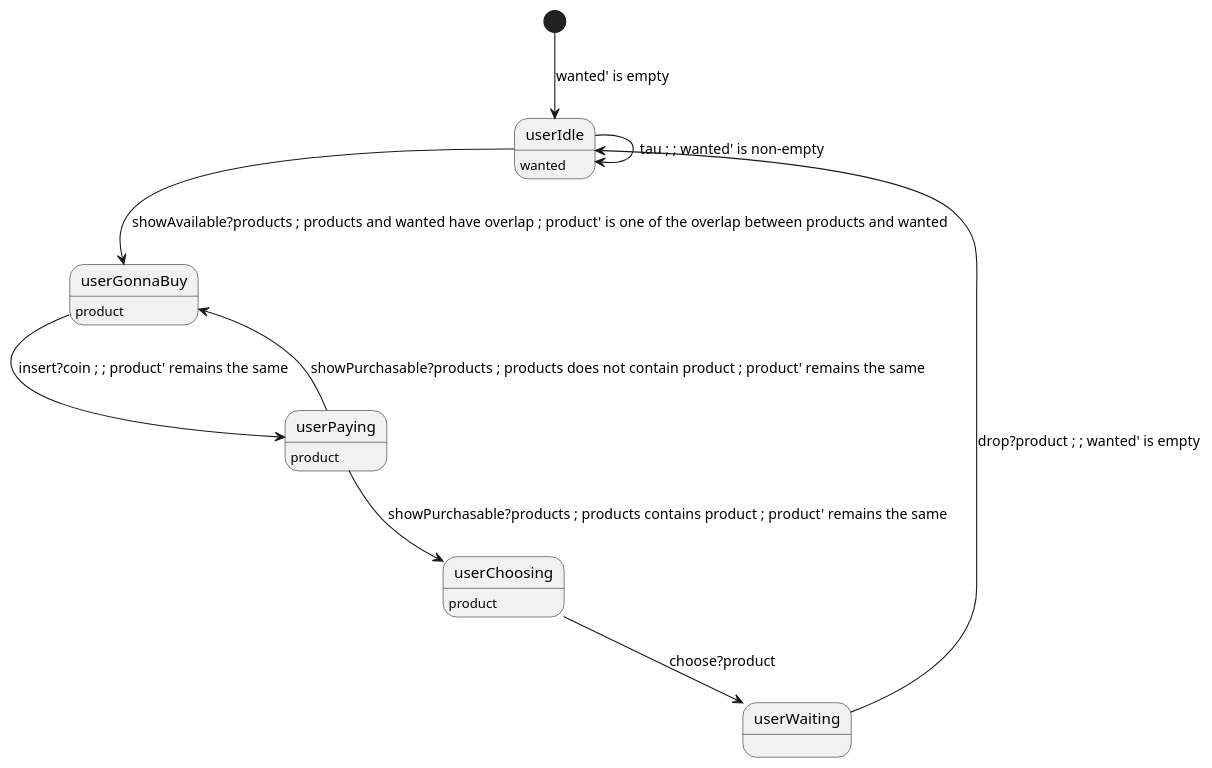
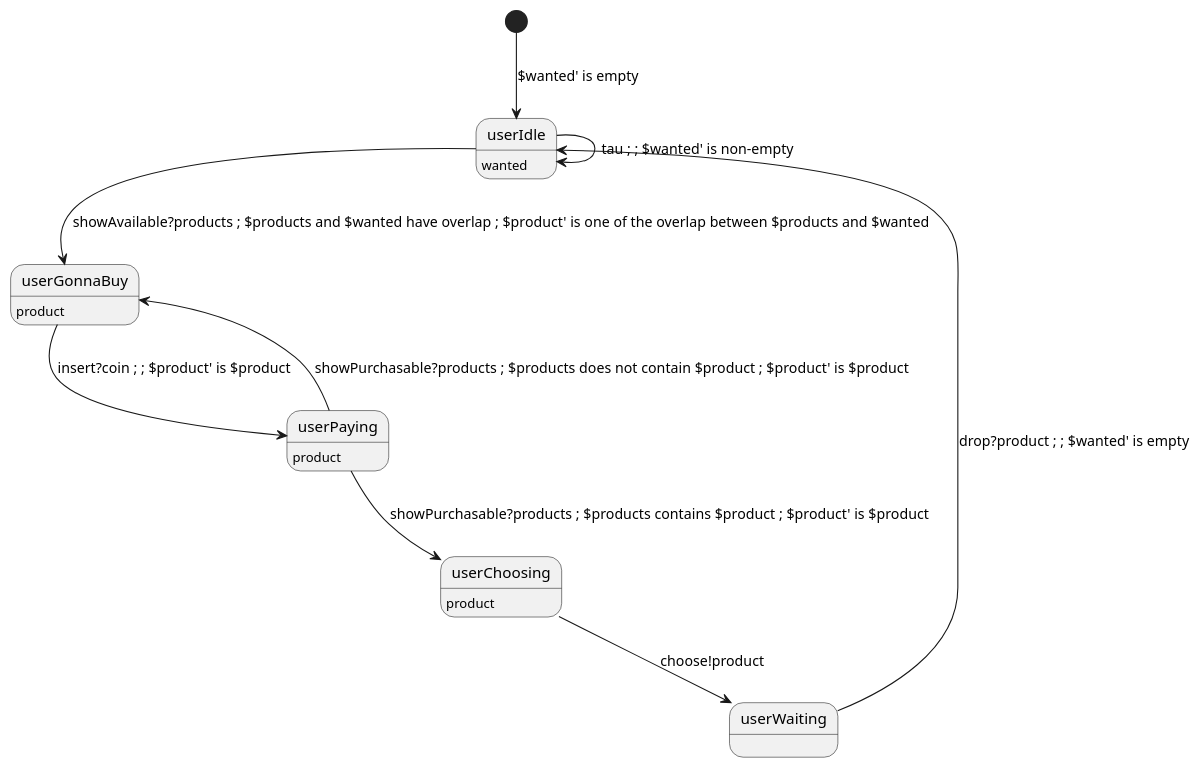
The diagram in examples/valid/user.puml (Kuniwak/puml-parallel), drawn with PlantUML before and after one commit. The commit also changed 4 other files, not shown here.

```diff
--- a/examples/valid/user.puml
+++ b/examples/valid/user.puml
@@ -1,22 +1,22 @@
 @startuml
 
 state "userIdle" as userIdle
 userIdle: wanted
 state "userGonnaBuy" as userGonnaBuy
 userGonnaBuy: product
 state "userPaying" as userPaying
 userPaying: product
 state "userChoosing" as userChoosing
 userChoosing: product
 state "userWaiting" as userWaiting
 
-[*] --> userIdle : wanted' is empty
-userIdle --> userIdle : tau ; ; wanted' is non-empty
-userIdle --> userGonnaBuy : showAvailable?products ; products and wanted have overlap ; product' is one of the overlap between products and wanted
-userGonnaBuy --> userPaying : insert?coin ; ; product' remains the same
-userPaying --> userGonnaBuy : showPurchasable?products ; products does not contain product ; product' remains the same
-userPaying --> userChoosing : showPurchasable?products ; products contains product ; product' remains the same
-userChoosing --> userWaiting : choose?product
-userWaiting --> userIdle : drop?product ; ; wanted' is empty
+[*] --> userIdle : $wanted' is empty
+userIdle --> userIdle : tau ; ; $wanted' is non-empty
+userIdle --> userGonnaBuy : showAvailable?products ; $products and $wanted have overlap ; $product' is one of the overlap between $products and $wanted
+userGonnaBuy --> userPaying : insert?coin ; ; $product' is $product
+userPaying --> userGonnaBuy : showPurchasable?products ; $products does not contain $product ; $product' is $product
+userPaying --> userChoosing : showPurchasable?products ; $products contains $product ; $product' is $product
+userChoosing --> userWaiting : choose!product
+userWaiting --> userIdle : drop?product ; ; $wanted' is empty
 
 @enduml
```
